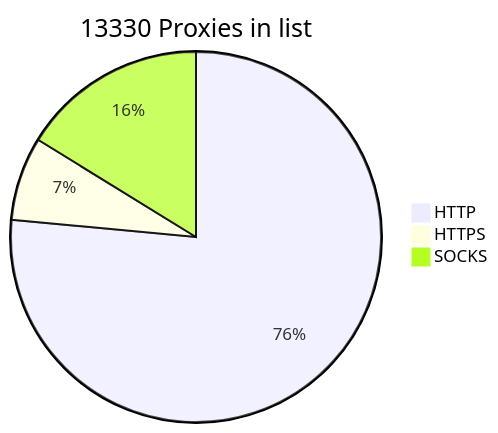
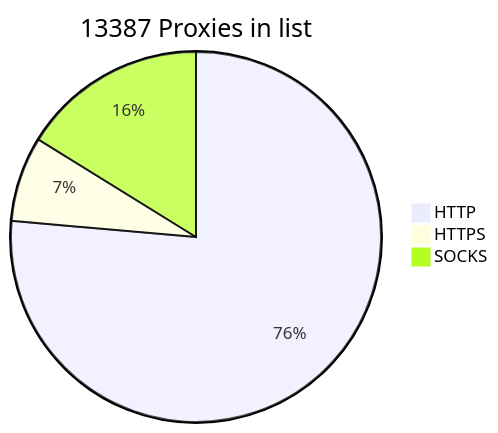
The diagram in README.md (BlackSnowDot/proxylist-update-every-minute), drawn with Mermaid before and after one commit. The commit also changed other lines of this file, not shown here.

````diff
--- a/README.md
+++ b/README.md
@@ -2,6 +2,6 @@
 ```mermaid
-pie title 13330 Proxies in list
-    "HTTP" : 10372
-    "HTTPS": 990
-    "SOCKS" : 2199
+pie title 13387 Proxies in list
+    "HTTP" : 10407
+    "HTTPS": 1011
+    "SOCKS" : 2205
 ```
````
